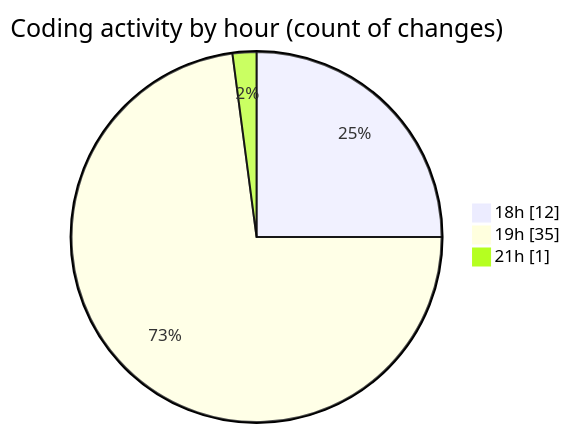
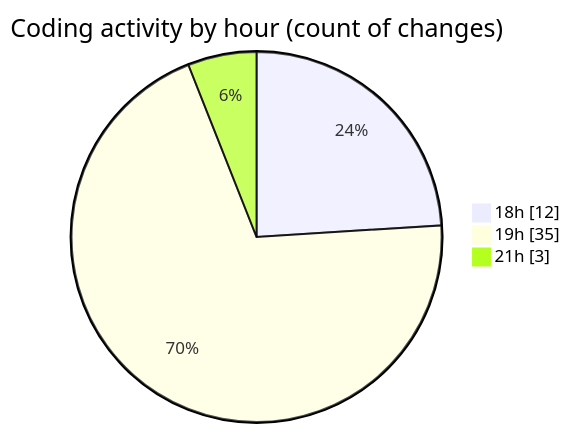
Before and after one commit to Elitesun/code-tracking: the second of 2 diagrams in 2025-05-15/laala_boost/README.md, drawn with Mermaid. The commit also changed other lines of this file and 1 other file, not shown here.

````diff
--- a/2025-05-15/laala_boost/README.md
+++ b/2025-05-15/laala_boost/README.md
@@ -43,7 +44,7 @@
 ```mermaid
 pie showData
 title Coding activity by hour (count of changes)
 "18h" : 12
 "19h" : 35
-"21h" : 1
+"21h" : 3
 ```
````
